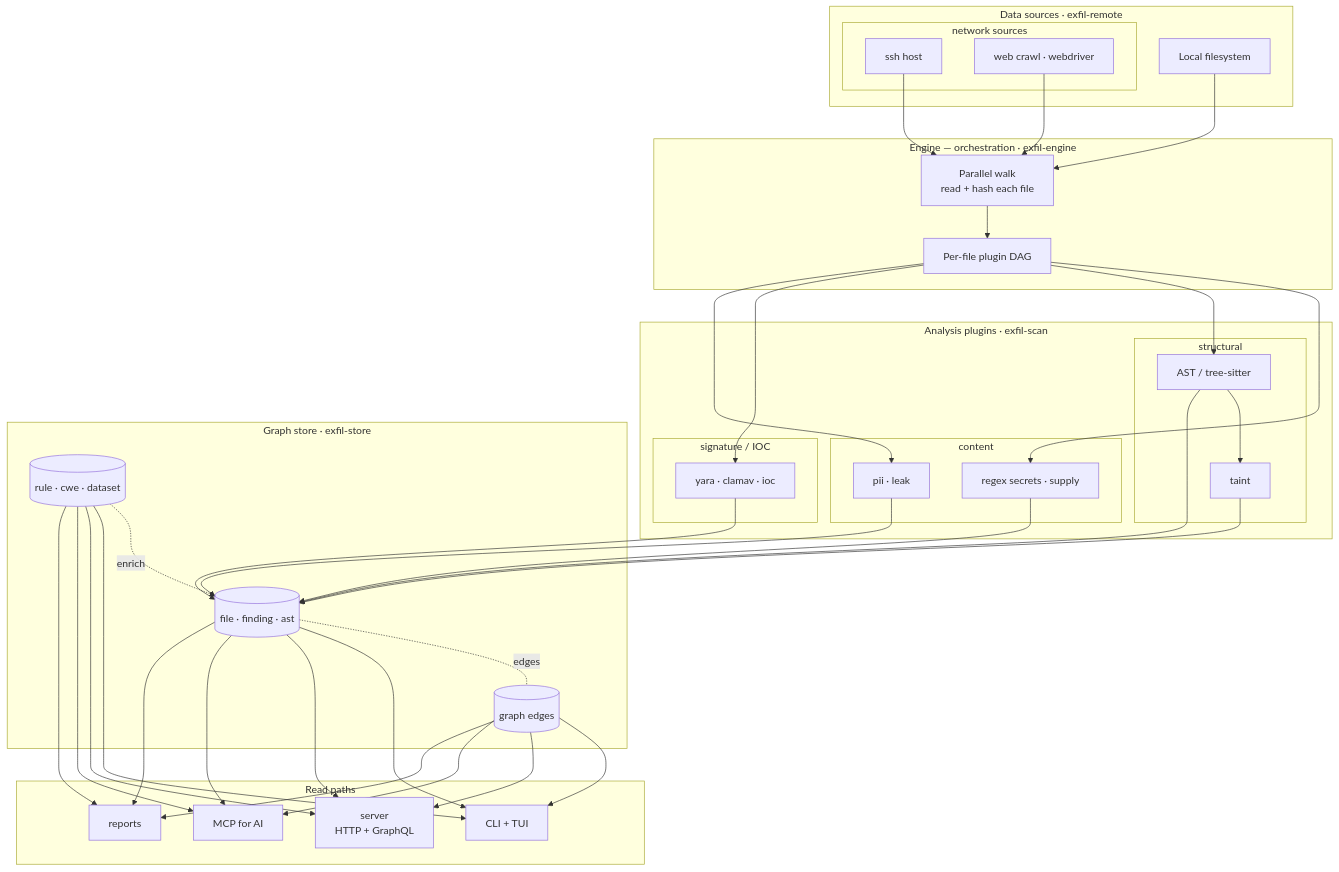
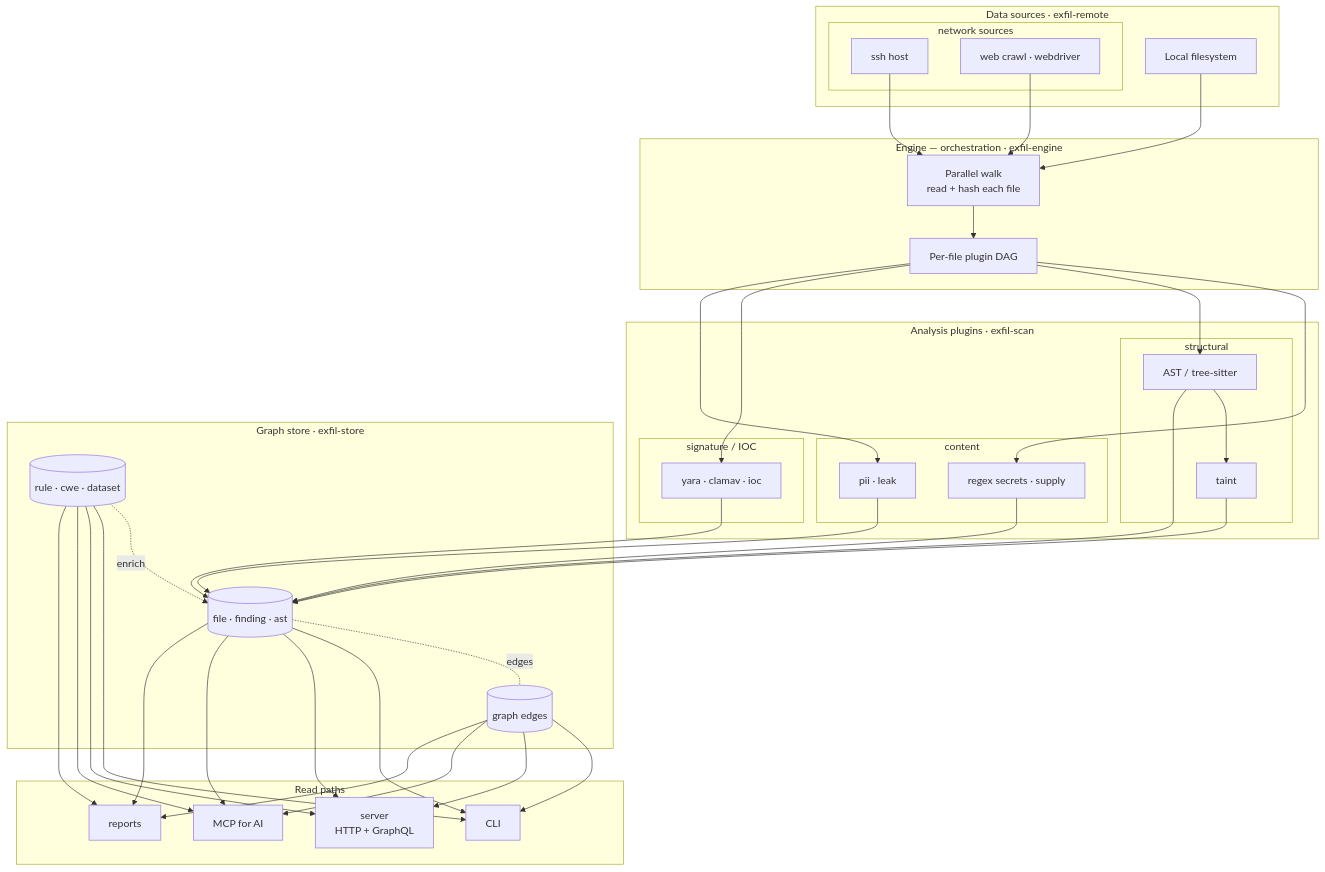
Before and after one commit to rangertaha/exfil: the diagram in docs/src/architecture/README.md, drawn with Mermaid. The commit also changed other lines of this file and 38 other files, not shown here.

````diff
--- a/docs/src/architecture/README.md
+++ b/docs/src/architecture/README.md
@@ -47,48 +47,48 @@
 ```mermaid
 flowchart TD
     subgraph Input["Data sources · exfil-remote"]
         FS[Local filesystem]
         subgraph NetSrc["network sources"]
             SSH[ssh host]
             WEBSRC[web crawl · webdriver]
         end
     end
     subgraph Eng["Engine — orchestration · exfil-engine"]
         WALK[Parallel walk<br/>read + hash each file]
         PIPE[Per-file plugin DAG]
     end
     subgraph Plugins["Analysis plugins · exfil-scan"]
         subgraph Content["content"]
             REGEX[regex secrets · supply]
             PII[pii · leak]
         end
         subgraph Structural["structural"]
             AST[AST / tree-sitter]
             TAINT[taint]
         end
         subgraph Sig["signature / IOC"]
             MORE[yara · clamav · ioc]
         end
     end
     subgraph Store["Graph store · exfil-store"]
         FILES[(file · finding · ast)]
         REF[(rule · cwe · dataset)]
         EDGES[(graph edges)]
     end
     subgraph Out["Read paths"]
-        CLI[CLI + TUI]
+        CLI[CLI]
         SERVER[server<br/>HTTP + GraphQL]
         MCP[MCP for AI]
         REP[reports]
     end
 
     FS --> WALK
     SSH & WEBSRC --> WALK
     WALK --> PIPE
     PIPE --> REGEX & AST & MORE & PII
     AST --> TAINT
     REGEX & AST & TAINT & MORE & PII --> FILES
     FILES -.edges.- EDGES
     REF -. enrich .-> FILES
     FILES & REF & EDGES --> CLI & SERVER & MCP & REP
 ```
````
